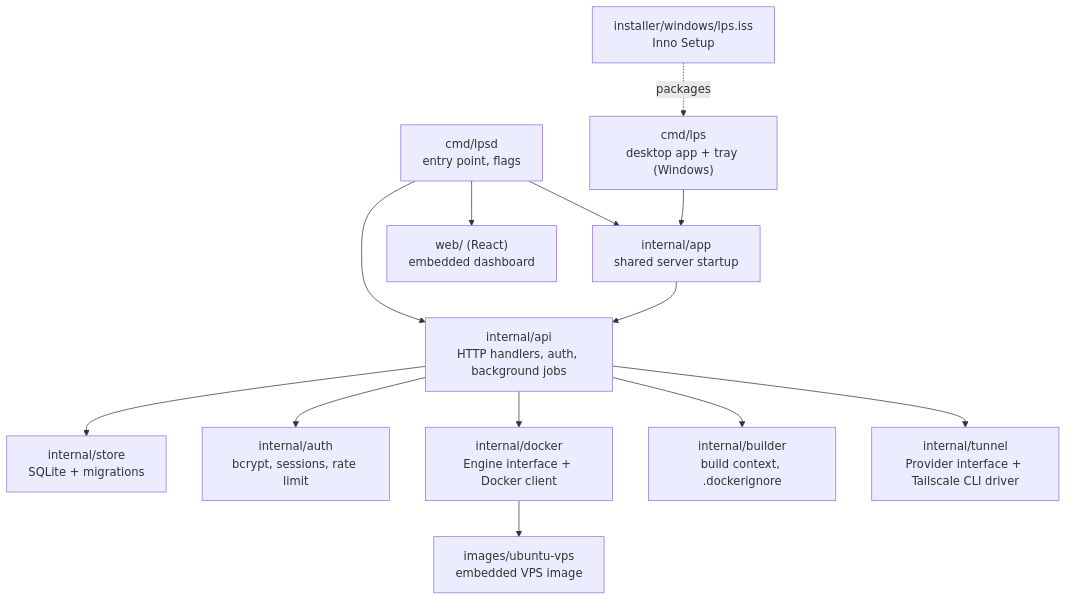
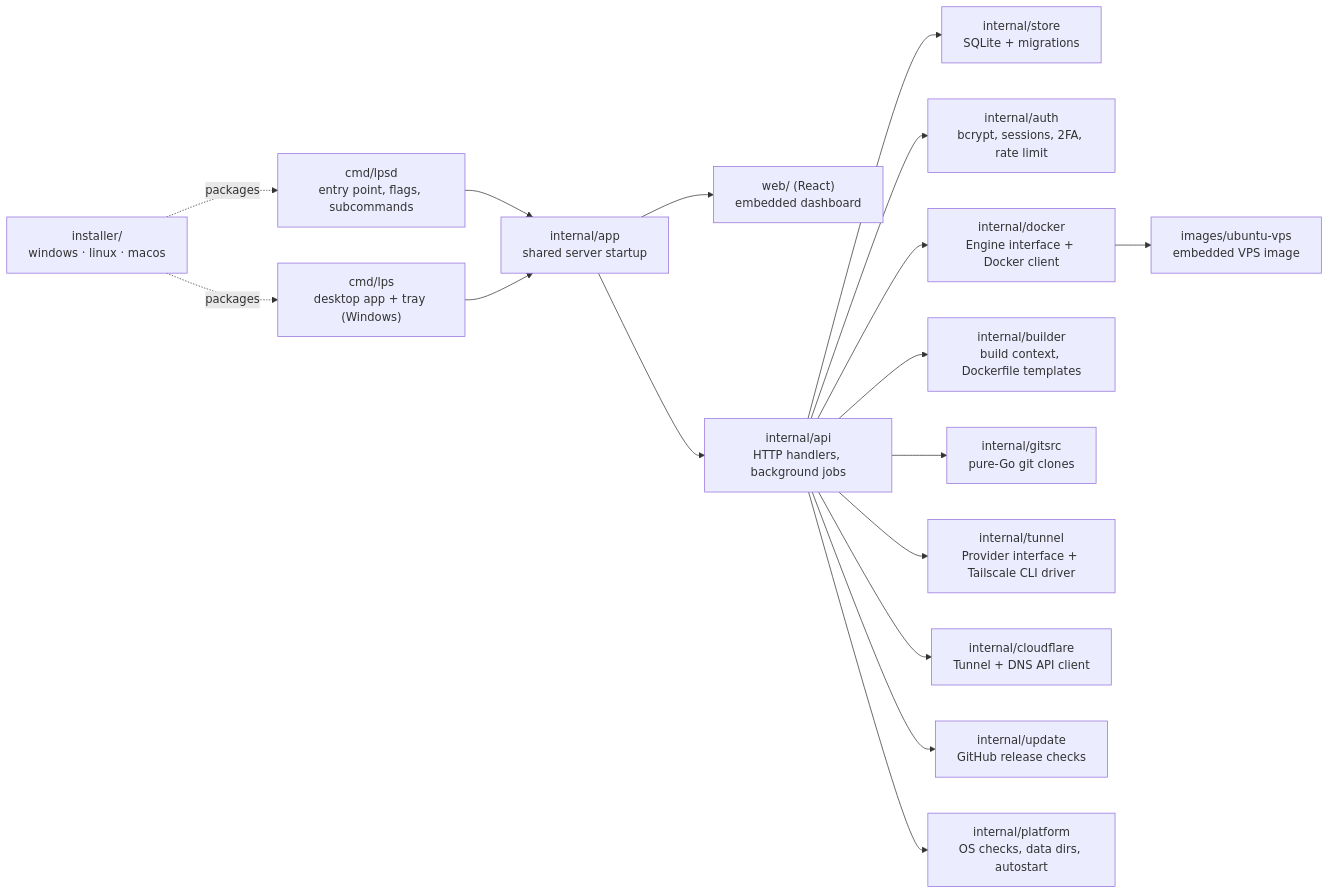
The diagram in docs/development.md (AbrarDW/lps), drawn with Mermaid before and after one commit. The commit also changed 17 other files, not shown here.

First line of the commit message:
Refresh docs screenshots and diagrams for the current features

````diff
--- a/docs/development.md
+++ b/docs/development.md
@@ -63,15 +63,19 @@
 ```mermaid
-flowchart TB
-    main["cmd/lpsd<br/>entry point, flags"] --> api["internal/api<br/>HTTP handlers, auth, background jobs"]
+flowchart LR
+    main["cmd/lpsd<br/>entry point, flags, subcommands"] --> appk["internal/app<br/>shared server startup"]
+    desk["cmd/lps<br/>desktop app + tray (Windows)"] --> appk
+    appk --> web["web/ (React)<br/>embedded dashboard"]
+    appk --> api["internal/api<br/>HTTP handlers, background jobs"]
     api --> store["internal/store<br/>SQLite + migrations"]
-    api --> auth["internal/auth<br/>bcrypt, sessions, rate limit"]
+    api --> auth["internal/auth<br/>bcrypt, sessions, 2FA, rate limit"]
     api --> dock["internal/docker<br/>Engine interface + Docker client"]
-    api --> build["internal/builder<br/>build context, .dockerignore"]
+    api --> build["internal/builder<br/>build context, Dockerfile templates"]
+    api --> git["internal/gitsrc<br/>pure-Go git clones"]
     api --> tun["internal/tunnel<br/>Provider interface + Tailscale CLI driver"]
+    api --> cf["internal/cloudflare<br/>Tunnel + DNS API client"]
+    api --> upd["internal/update<br/>GitHub release checks"]
+    api --> plat["internal/platform<br/>OS checks, data dirs, autostart"]
     dock --> img["images/ubuntu-vps<br/>embedded VPS image"]
-    main --> web["web/ (React)<br/>embedded dashboard"]
-    desk["cmd/lps<br/>desktop app + tray (Windows)"] --> appk["internal/app<br/>shared server startup"]
-    main --> appk
-    appk --> api
-    inst["installer/windows/lps.iss<br/>Inno Setup"] -.packages.-> desk
+    inst["installer/<br/>windows · linux · macos"] -.packages.-> main
+    inst -.packages.-> desk
 ```
````
